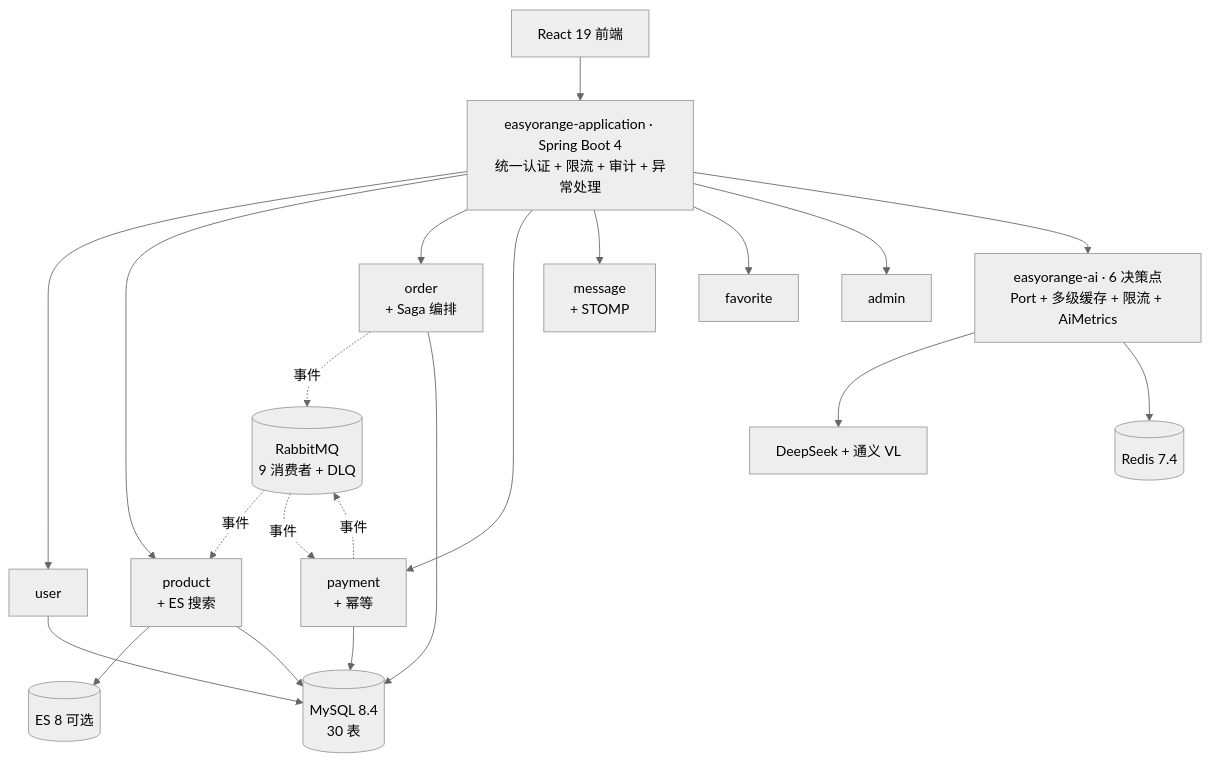
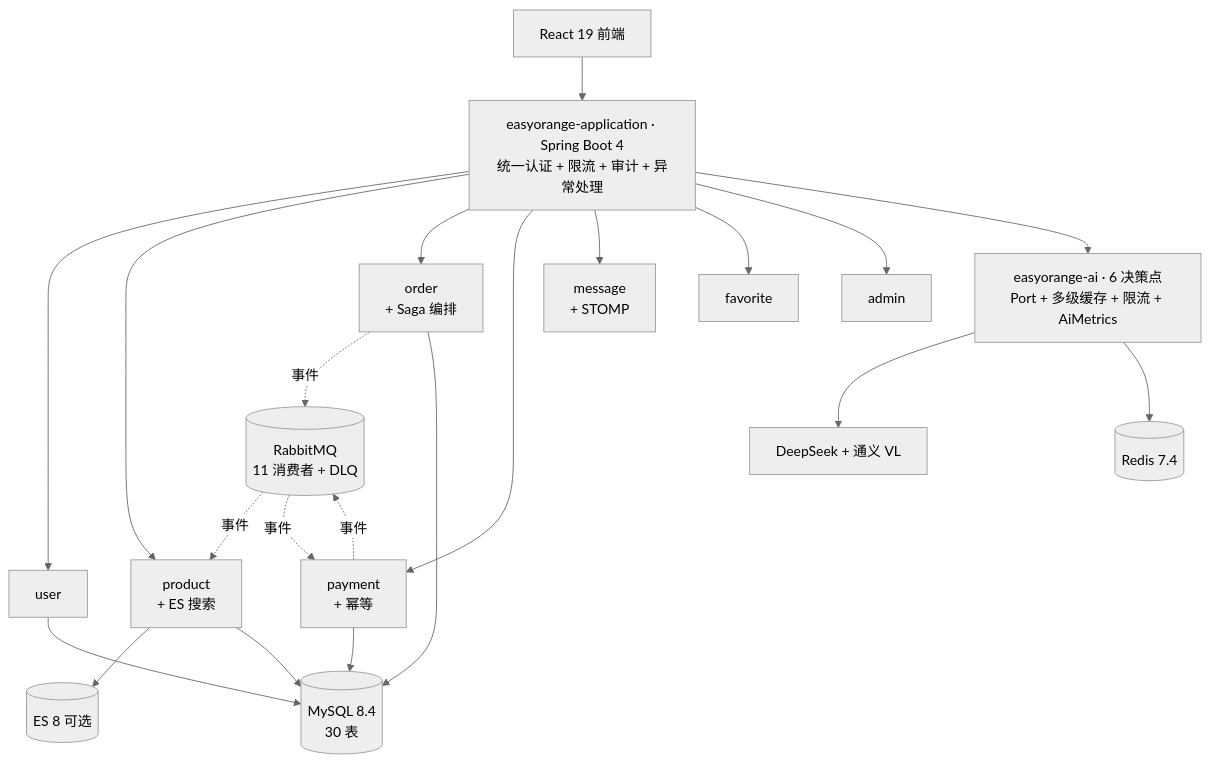
One commit to 471292781/EasyOrange changed the first of 3 diagrams in README.md. Above: the diagram before and after it, drawn with Mermaid (neutral theme). The commit also changed other lines of this file and 76 other files, not shown here.

````diff
--- a/README.md
+++ b/README.md
@@ -51,30 +51,30 @@
 ```mermaid
 graph TB
     FE["React 19 前端"]
     APP["easyorange-application · Spring Boot 4<br/>统一认证 + 限流 + 审计 + 异常处理"]
 
     USER[user]
     PROD["product<br/>+ ES 搜索"]
     ORD["order<br/>+ Saga 编排"]
     PAY["payment<br/>+ 幂等"]
     MSG["message<br/>+ STOMP"]
     FAV[favorite]
     ADMIN[admin]
     AI["easyorange-ai · 6 决策点<br/>Port + 多级缓存 + 限流 + AiMetrics"]
 
-    MQ[("RabbitMQ<br/>9 消费者 + DLQ")]
+    MQ[("RabbitMQ<br/>11 消费者 + DLQ")]
     DB[("MySQL 8.4<br/>30 表")]
     REDIS[("Redis 7.4")]
     ES[("ES 8 可选")]
     LLM["DeepSeek + 通义 VL"]
 
     FE --> APP
     APP --> USER & PROD & ORD & PAY & MSG & FAV & ADMIN & AI
     AI --> LLM
     PROD --> ES
     ORD -.事件.-> MQ
     PAY -.事件.-> MQ
     MQ -.事件.-> PROD & PAY
     USER & PROD & ORD & PAY --> DB
     AI --> REDIS
 ```
````
